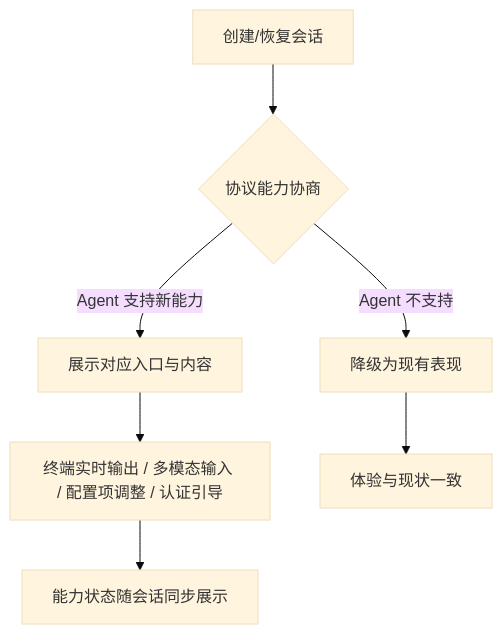
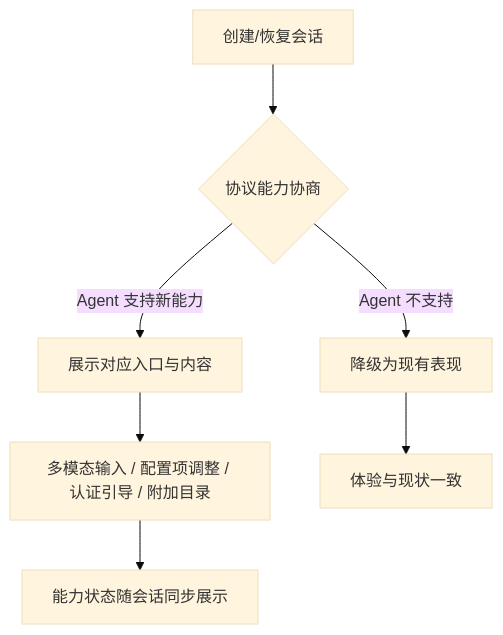
One commit to Deliay/z-agent-gear changed the diagram in docs/product/draft/20260803-acp-v1-completion.md. Above: the diagram before and after it, drawn with Mermaid (base theme). The commit also changed other lines of this file and 1 other file, not shown here.

````diff
--- a/docs/product/draft/20260803-acp-v1-completion.md
+++ b/docs/product/draft/20260803-acp-v1-completion.md
@@ -156,9 +139,9 @@
 ```mermaid
 flowchart TD
     A[创建/恢复会话] --> B{协议能力协商}
     B -->|Agent 支持新能力| C[展示对应入口与内容]
     B -->|Agent 不支持| D[降级为现有表现]
-    C --> E[终端实时输出 / 多模态输入 / 配置项调整 / 认证引导]
+    C --> E[多模态输入 / 配置项调整 / 认证引导 / 附加目录]
     D --> F[体验与现状一致]
     E --> G[能力状态随会话同步展示]
 ```
````
